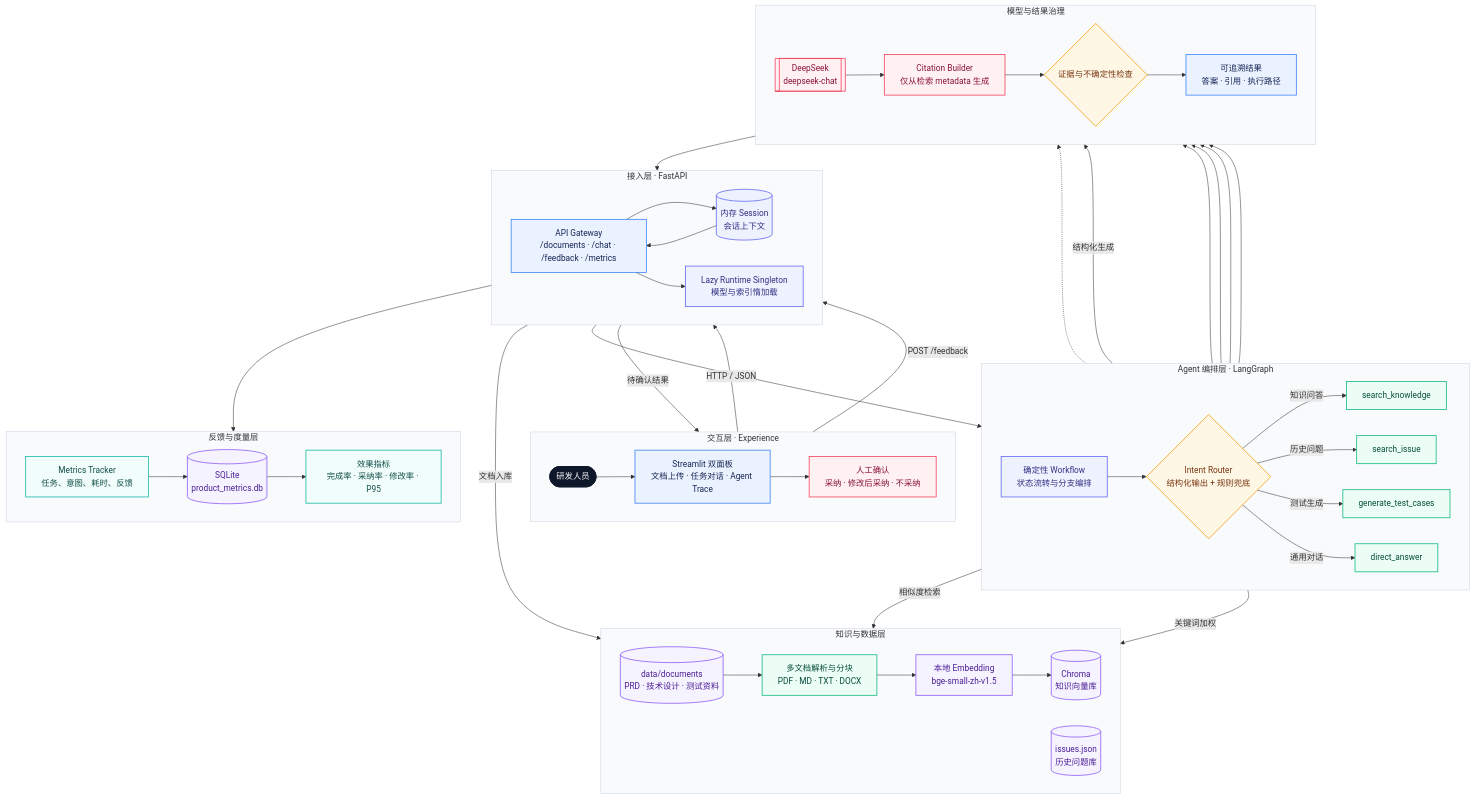
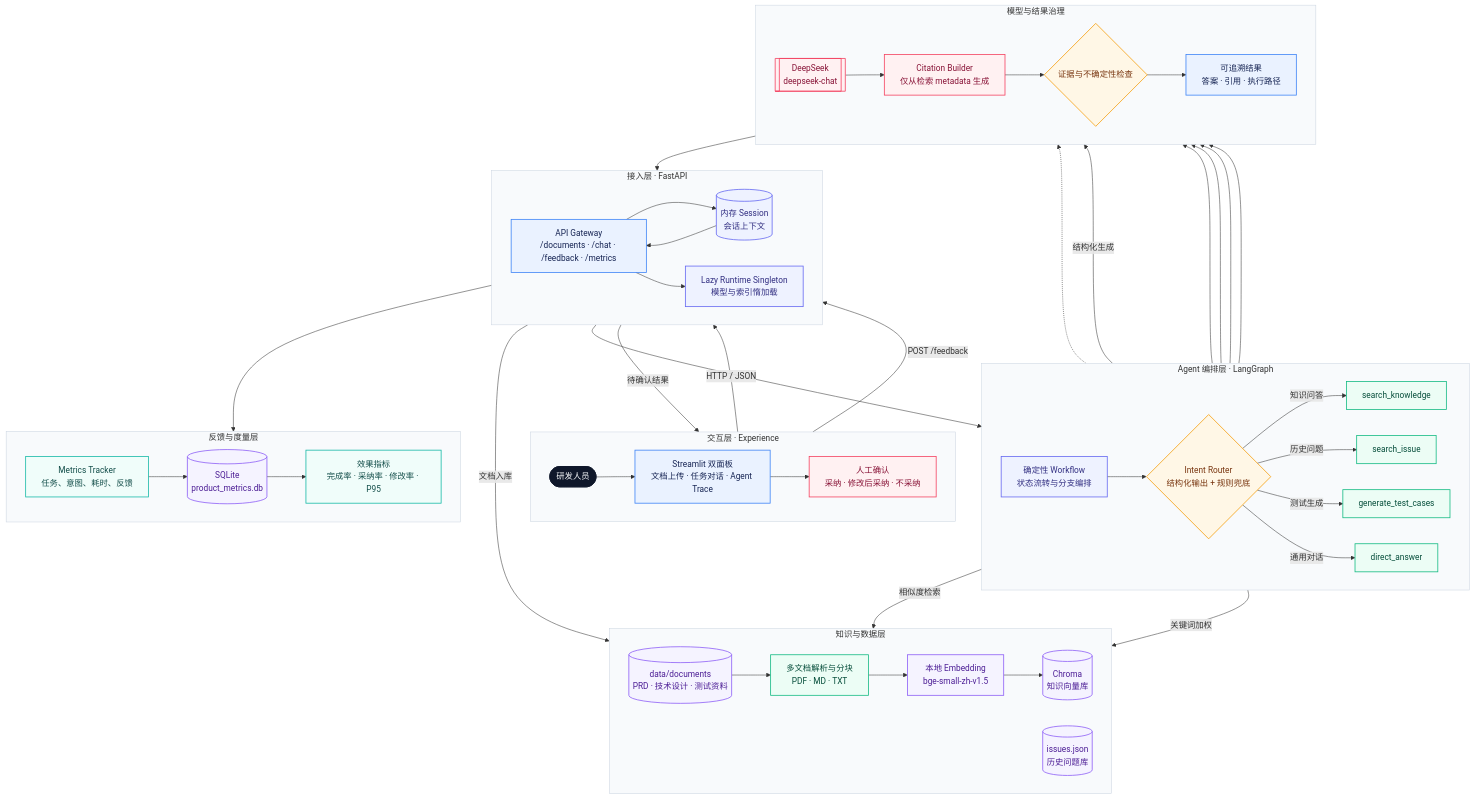
One commit to strawberry771/ai-dev-efficiency-agent changed the first of 2 diagrams in README.md. Above: the diagram before and after it, drawn with Mermaid. The commit also changed other lines of this file and 2 other files, not shown here.

```diff
--- a/README.md
+++ b/README.md
@@ -110,7 +112,7 @@
     subgraph Knowledge["知识与数据层"]
         direction LR
         DOCS[("data/documents<br/>PRD · 技术设计 · 测试资料")]
-        INGEST["多文档解析与分块<br/>PDF · MD · TXT · DOCX"]
+        INGEST["多文档解析与分块<br/>PDF · MD · TXT"]
         EMB["本地 Embedding<br/>bge-small-zh-v1.5"]
         CH[("Chroma<br/>知识向量库")]
         ISSUES[("issues.json<br/>历史问题库")]
```
